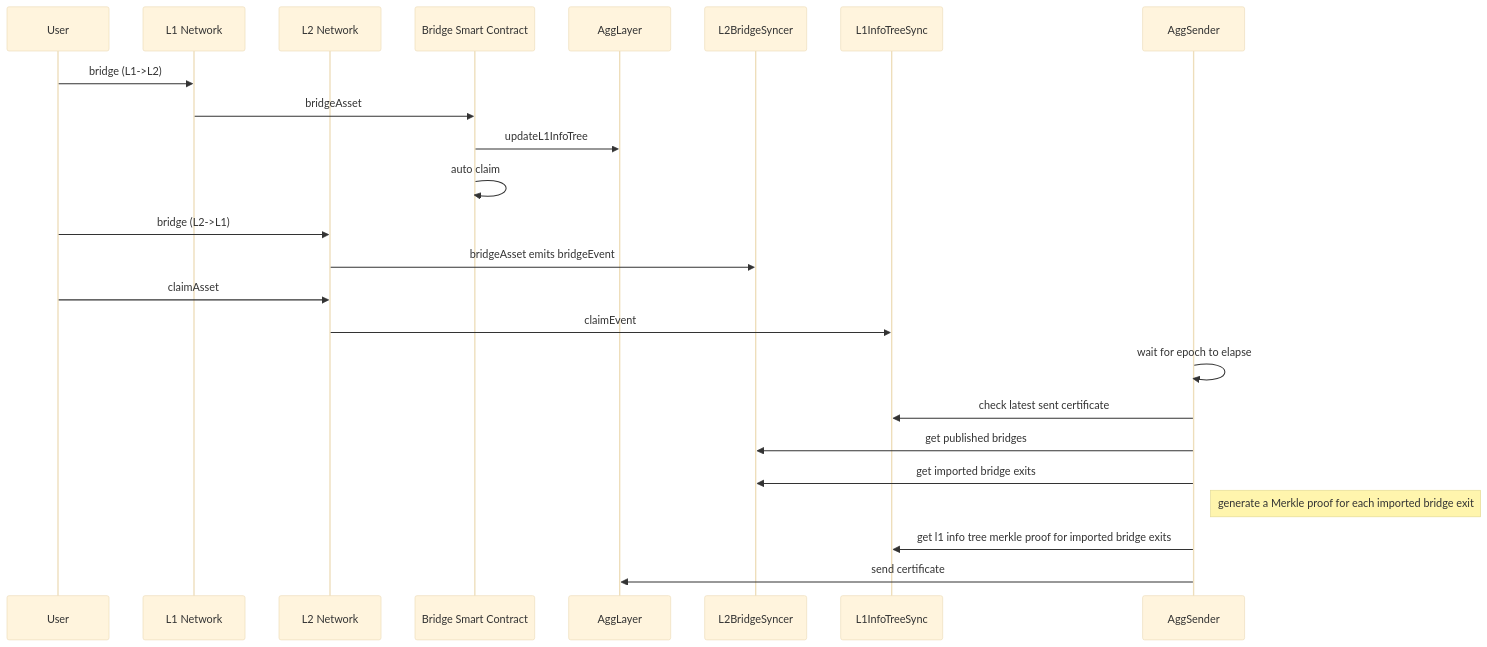
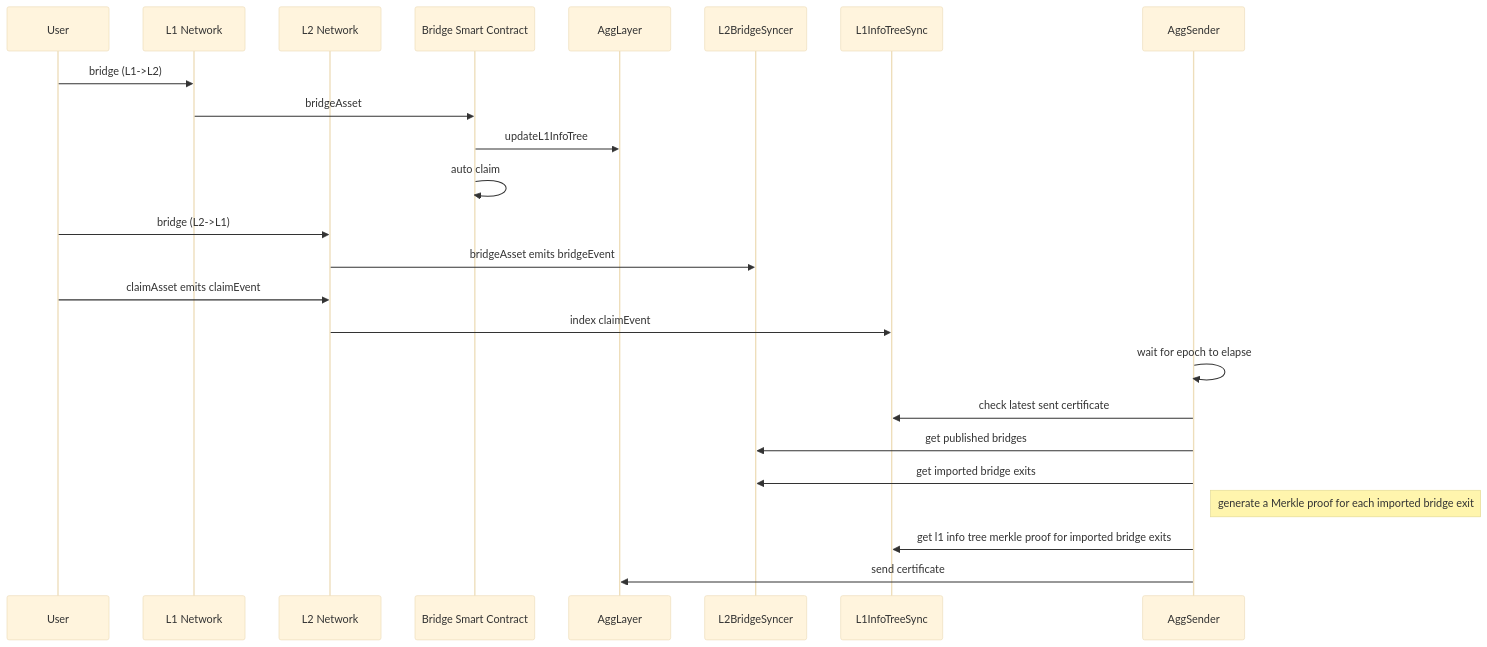
Before and after one commit to agglayer/aggkit: the second of 3 diagrams in docs/aggsender.md, drawn with Mermaid (base theme). The commit also changed other lines of this file, not shown here.

````diff
--- a/docs/aggsender.md
+++ b/docs/aggsender.md
@@ -51,30 +51,30 @@
 ```mermaid
 sequenceDiagram
     participant User
     participant L1RPC as L1 Network
     participant L2RPC as L2 Network
     participant Bridge as Bridge Smart Contract
     participant AggLayer
     participant L2BridgeSyncer
     participant L1InfoTreeSync
     participant AggSender
 
     User->>L1RPC: bridge (L1->L2)
     L1RPC->>Bridge: bridgeAsset
     Bridge->>AggLayer: updateL1InfoTree
     Bridge->>Bridge: auto claim
 
     User->>L2RPC: bridge (L2->L1)
     L2RPC->>L2BridgeSyncer: bridgeAsset emits bridgeEvent
 
-    User->>L2RPC: claimAsset
-    L2RPC->>L1InfoTreeSync: claimEvent
+    User->>L2RPC: claimAsset emits claimEvent
+    L2RPC->>L1InfoTreeSync: index claimEvent
 
     AggSender->>AggSender: wait for epoch to elapse
     AggSender->>L1InfoTreeSync: check latest sent certificate
     AggSender->>L2BridgeSyncer: get published bridges
     AggSender->>L2BridgeSyncer: get imported bridge exits
     Note right of AggSender: generate a Merkle proof for each imported bridge exit
     AggSender->>L1InfoTreeSync: get l1 info tree merkle proof for imported bridge exits
     AggSender->>AggLayer: send certificate
 ```
````
